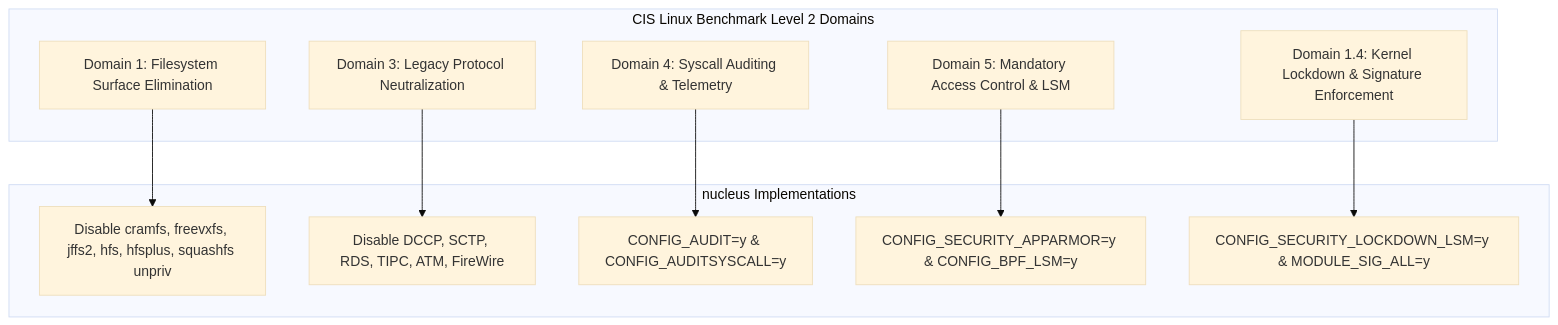
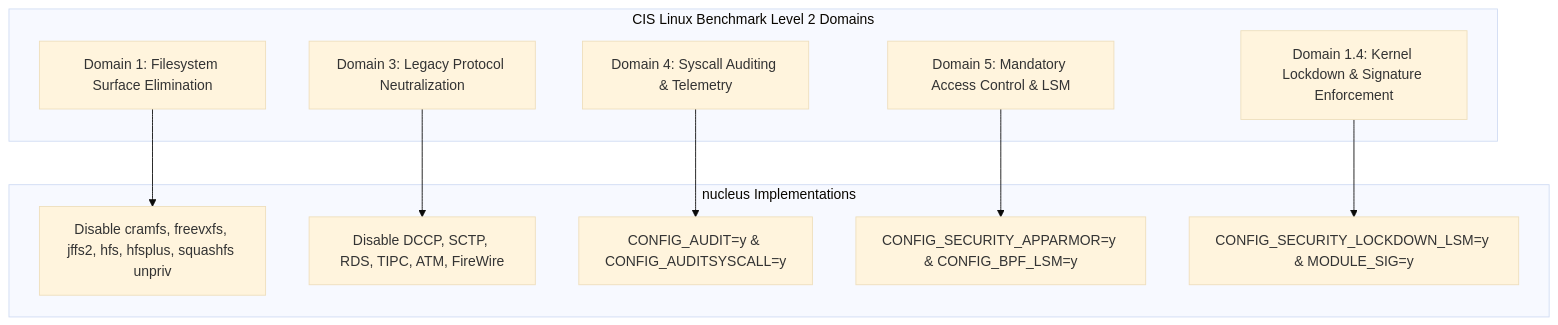
Before and after one commit to cordanaLLM/nucleus: the diagram in docs/security/cis-l2.md, drawn with Mermaid (base theme). The commit also changed other lines of this file and 23 other files, not shown here.

````diff
--- a/docs/security/cis-l2.md
+++ b/docs/security/cis-l2.md
@@ -16,24 +16,24 @@
 ```mermaid
 graph TD
     subgraph CIS_L2["CIS Linux Benchmark Level 2 Domains"]
         FS["Domain 1: Filesystem Surface Elimination"]
         NET["Domain 3: Legacy Protocol Neutralization"]
         AUDIT["Domain 4: Syscall Auditing & Telemetry"]
         MAC["Domain 5: Mandatory Access Control & LSM"]
         LOCK["Domain 1.4: Kernel Lockdown & Signature Enforcement"]
     end
 
     subgraph KConfig["nucleus Implementations"]
         FS_CFG["Disable cramfs, freevxfs, jffs2, hfs, hfsplus, squashfs unpriv"]
         NET_CFG["Disable DCCP, SCTP, RDS, TIPC, ATM, FireWire"]
         AUDIT_CFG["CONFIG_AUDIT=y & CONFIG_AUDITSYSCALL=y"]
         MAC_CFG["CONFIG_SECURITY_APPARMOR=y & CONFIG_BPF_LSM=y"]
-        LOCK_CFG["CONFIG_SECURITY_LOCKDOWN_LSM=y & MODULE_SIG_ALL=y"]
+        LOCK_CFG["CONFIG_SECURITY_LOCKDOWN_LSM=y & MODULE_SIG=y"]
     end
 
     FS --> FS_CFG
     NET --> NET_CFG
     AUDIT --> AUDIT_CFG
     MAC --> MAC_CFG
     LOCK --> LOCK_CFG
 ```
````
